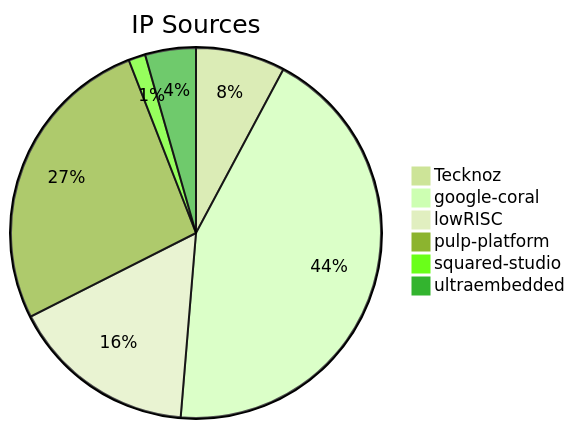
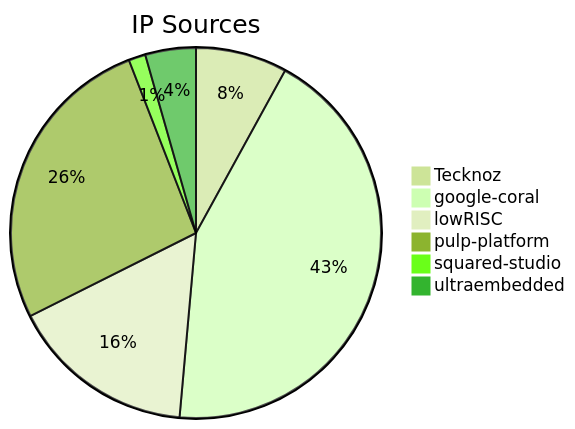
The diagram in README.md (TecknozBD/Hyper-Titan), drawn with Mermaid (forest theme) before and after one commit. The commit also changed 3 other files, not shown here.

````diff
--- a/README.md
+++ b/README.md
@@ -116,10 +116,10 @@
 ```mermaid
 %%{init: {"pie": {"sort": false}} }%%
 pie title IP Sources
-  "Tecknoz" : 10585
+  "Tecknoz" : 10852
   "google-coral" : 59000
   "lowRISC" : 22000
   "pulp-platform" : 36000
   "squared-studio": 2000
   "ultraembedded": 6000
 ```
````
